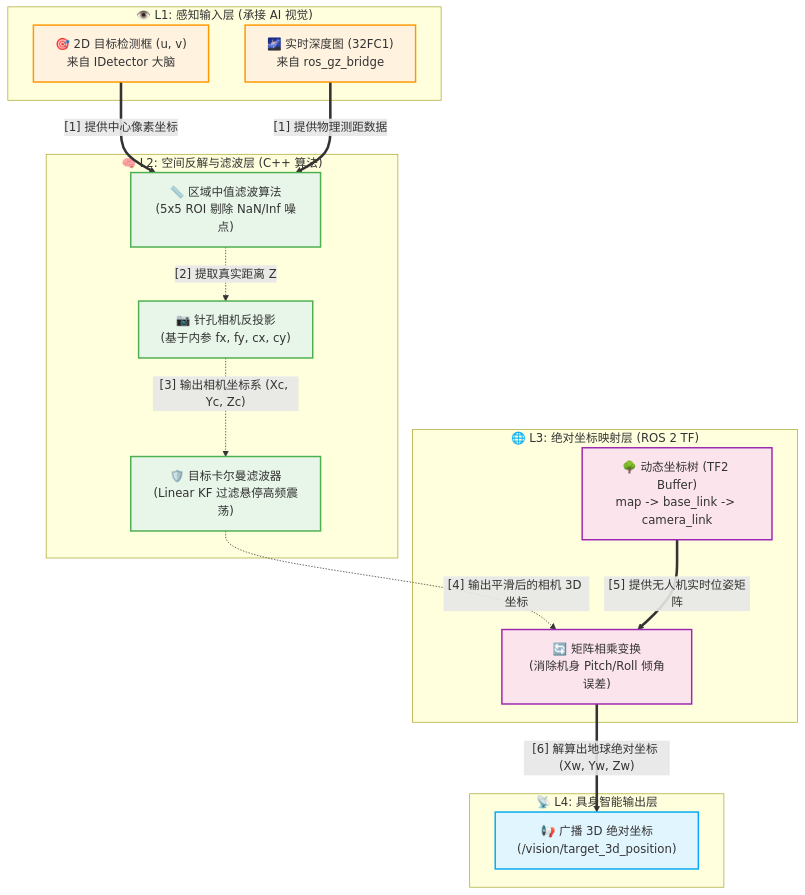
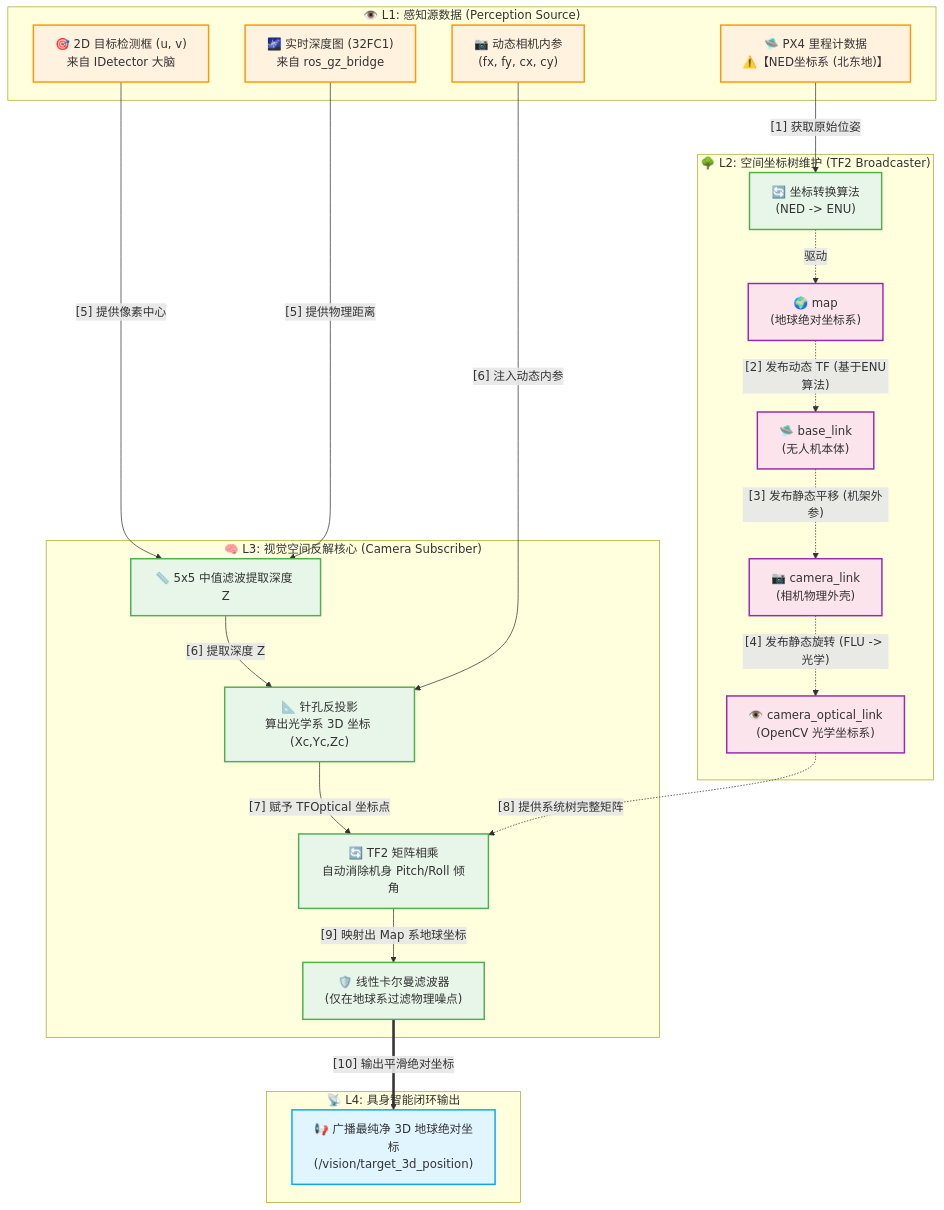
One commit to xinfangshi/uav_inspection_ros2 changed the fourth of 4 diagrams in README.md. Above: the diagram before and after it, drawn with Mermaid.

Commit message:
docs: Refine 3D localization architecture diagram with dynamic camera intrinsics and strict TF tree hierarchy

````diff
--- a/README.md
+++ b/README.md
@@ -147,38 +147,52 @@
 ```mermaid
 graph TD
     classDef data fill:#fff3e0,stroke:#ff9800,stroke-width:2px;
     classDef algo fill:#e8f5e9,stroke:#4caf50,stroke-width:2px;
     classDef tf fill:#fce4ec,stroke:#9c27b0,stroke-width:2px;
     classDef ros fill:#e1f5fe,stroke:#03a9f4,stroke-width:2px;
 
-    subgraph "👁️ L1: 感知输入层 (承接 AI 视觉)"
+    subgraph "👁️ L1: 感知源数据 (Perception Source)"
         BBox["🎯 2D 目标检测框 (u, v)<br>来自 IDetector 大脑"]:::data
         DepthMap["🌌 实时深度图 (32FC1)<br>来自 ros_gz_bridge"]:::data
+        CamInfo["📷 动态相机内参<br>(fx, fy, cx, cy)"]:::data
+        PX4Odom["🛸 PX4 里程计数据<br>⚠️【NED坐标系 (北东地)】"]:::data
     end
 
-    subgraph "🧠 L2: 空间反解与滤波层 (C++ 算法)"
-        MedianFilter["📏 区域中值滤波算法<br>(5x5 ROI 剔除 NaN/Inf 噪点)"]:::algo
-        Pinhole["📷 针孔相机反投影<br>(基于内参 fx, fy, cx, cy)"]:::algo
-        Kalman["🛡️ 目标卡尔曼滤波器<br>(Linear KF 过滤悬停高频震荡)"]:::algo
+    subgraph "🌳 L2: 空间坐标树维护 (TF2 Broadcaster)"
+        NED2ENU["🔄 坐标转换算法<br>(NED -> ENU)"]:::algo
+        TFMap["🌍 map<br>(地球绝对坐标系)"]:::tf
+        TFBase["🛸 base_link<br>(无人机本体)"]:::tf
+        TFCamera["📷 camera_link<br>(相机物理外壳)"]:::tf
+        TFOptical["👁️ camera_optical_link<br>(OpenCV 光学坐标系)"]:::tf
+        
+        PX4Odom -->|"[1] 获取原始位姿"| NED2ENU
+        
+        TFMap -.->|"[2] 发布动态 TF (基于ENU算法)"| TFBase
+        NED2ENU -.->|"驱动"| TFMap
+        
+        TFBase -.->|"[3] 发布静态平移 (机架外参)"| TFCamera
+        TFCamera -.->|"[4] 发布静态旋转 (FLU -> 光学)"| TFOptical
     end
 
-    subgraph "🌐 L3: 绝对坐标映射层 (ROS 2 TF)"
-        TFTree["🌳 动态坐标树 (TF2 Buffer)<br>map -> base_link -> camera_link"]:::tf
-        Transform["🔄 矩阵相乘变换<br>(消除机身 Pitch/Roll 倾角误差)"]:::tf
+    subgraph "🧠 L3: 视觉空间反解核心 (Camera Subscriber)"
+        MedianFilter["📏 5x5 中值滤波提取深度 Z"]:::algo
+        Pinhole["📐 针孔反投影<br>算出光学系 3D 坐标 (Xc,Yc,Zc)"]:::algo
+        Transform["🔄 TF2 矩阵相乘<br>自动消除机身 Pitch/Roll 倾角"]:::algo
+        Kalman["🛡️ 线性卡尔曼滤波器<br>(仅在地球系过滤物理噪点)"]:::algo
+        
+        BBox -->|"[5] 提供像素中心"| MedianFilter
+        DepthMap -->|"[5] 提供物理距离"| MedianFilter
+        
+        MedianFilter -->|"[6] 提取深度 Z"| Pinhole
+        CamInfo -->|"[6] 注入动态内参"| Pinhole
+        
+        Pinhole -->|"[7] 赋予 TFOptical 坐标点"| Transform
+        TFOptical -.->|"[8] 提供系统树完整矩阵"| Transform
+        Transform -->|"[9] 映射出 Map 系地球坐标"| Kalman
     end
 
-    subgraph "📡 L4: 具身智能输出层"
-        Pub["📢 广播 3D 绝对坐标<br>(/vision/target_3d_position)"]:::ros
+    subgraph "📡 L4: 具身智能闭环输出"
+        Pub["📢 广播最纯净 3D 地球绝对坐标<br>(/vision/target_3d_position)"]:::ros
+        Kalman ==>|"[10] 输出平滑绝对坐标"| Pub
     end
-
-    %% 核心数据流连线 (使用安全语法)
-    BBox ==>|"[1] 提供中心像素坐标"| MedianFilter
-    DepthMap ==>|"[1] 提供物理测距数据"| MedianFilter
-    
-    MedianFilter -.->|"[2] 提取真实距离 Z"| Pinhole
-    Pinhole -.->|"[3] 输出相机坐标系 (Xc, Yc, Zc)"| Kalman
-    Kalman -.->|"[4] 输出平滑后的相机 3D 坐标"| Transform
-    
-    TFTree ==>|"[5] 提供无人机实时位姿矩阵"| Transform
-    Transform ==>|"[6] 解算出地球绝对坐标 (Xw, Yw, Zw)"| Pub
 ```
````
